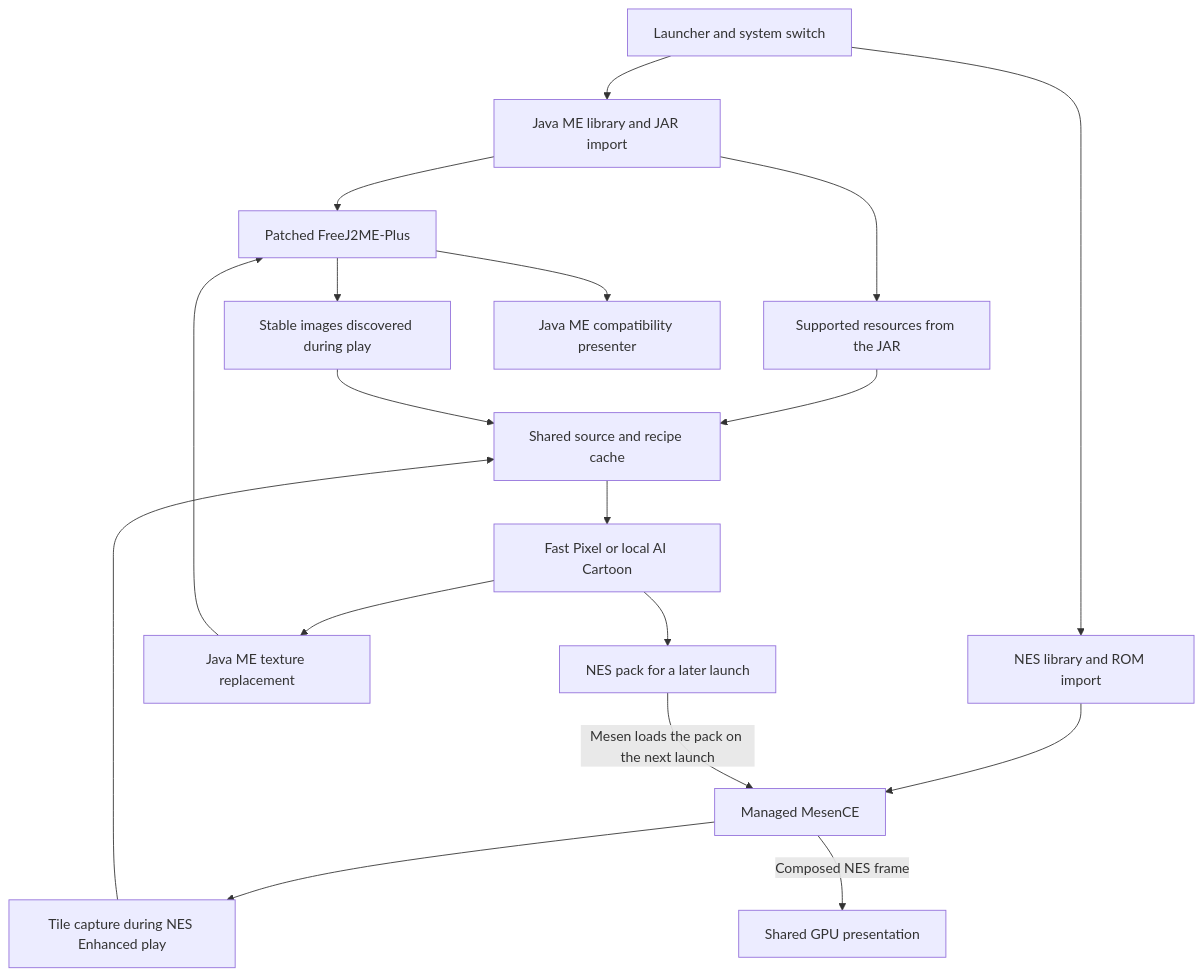
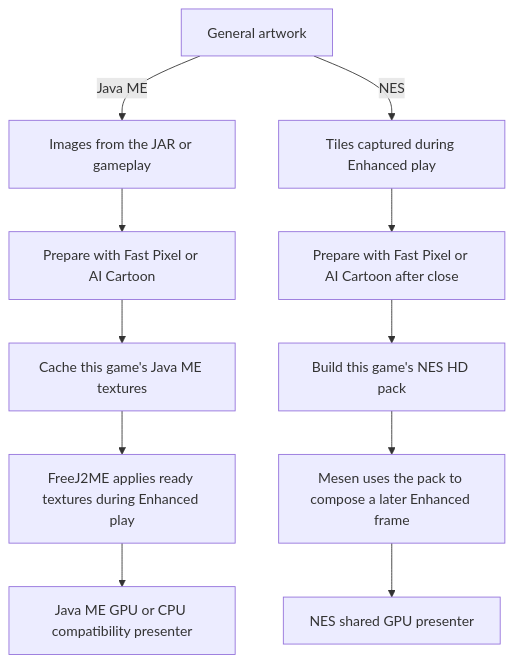
One commit to vishal-vs-1/Pixel-Revival changed the first of 2 diagrams in docs/PROJECT_FLOW.md. Above: the diagram before and after it, drawn with Mermaid. The commit also changed other lines of this file, not shown here.

Commit message:
Clarify artwork preparation and pose replacement flows

```diff
--- a/docs/PROJECT_FLOW.md
+++ b/docs/PROJECT_FLOW.md
@@ -7,20 +11,13 @@
 ~~~mermaid
 flowchart TD
-    A[Launcher and system switch] --> B[Java ME library and JAR import]
-    A --> C[NES library and ROM import]
-    B --> D[Patched FreeJ2ME-Plus]
-    C --> E[Managed MesenCE]
-    B --> F[Supported resources from the JAR]
-    D --> G[Stable images discovered during play]
-    E --> H[Tile capture during NES Enhanced play]
-    F --> I[Shared source and recipe cache]
-    G --> I
-    H --> I
-    I --> J[Fast Pixel or local AI Cartoon]
-    J --> K[Java ME texture replacement]
-    J --> L[NES pack for a later launch]
-    K --> D
-    L -->|Mesen loads the pack on the next launch| E
-    D --> N[Java ME compatibility presenter]
-    E -->|Composed NES frame| M[Shared GPU presentation]
+    A["General artwork"] -->|Java ME| J["Images from the JAR or gameplay"]
+    A -->|NES| N["Tiles captured during Enhanced play"]
+    J --> JR["Prepare with Fast Pixel or AI Cartoon"]
+    JR --> JC["Cache this game's Java ME textures"]
+    JC --> JP["FreeJ2ME applies ready textures during Enhanced play"]
+    JP --> JD["Java ME GPU or CPU compatibility presenter"]
+    N --> NR["Prepare with Fast Pixel or AI Cartoon after close"]
+    NR --> NP["Build this game's NES HD pack"]
+    NP --> NN["Mesen uses the pack to compose a later Enhanced frame"]
+    NN --> ND["NES shared GPU presenter"]
 ~~~
```
